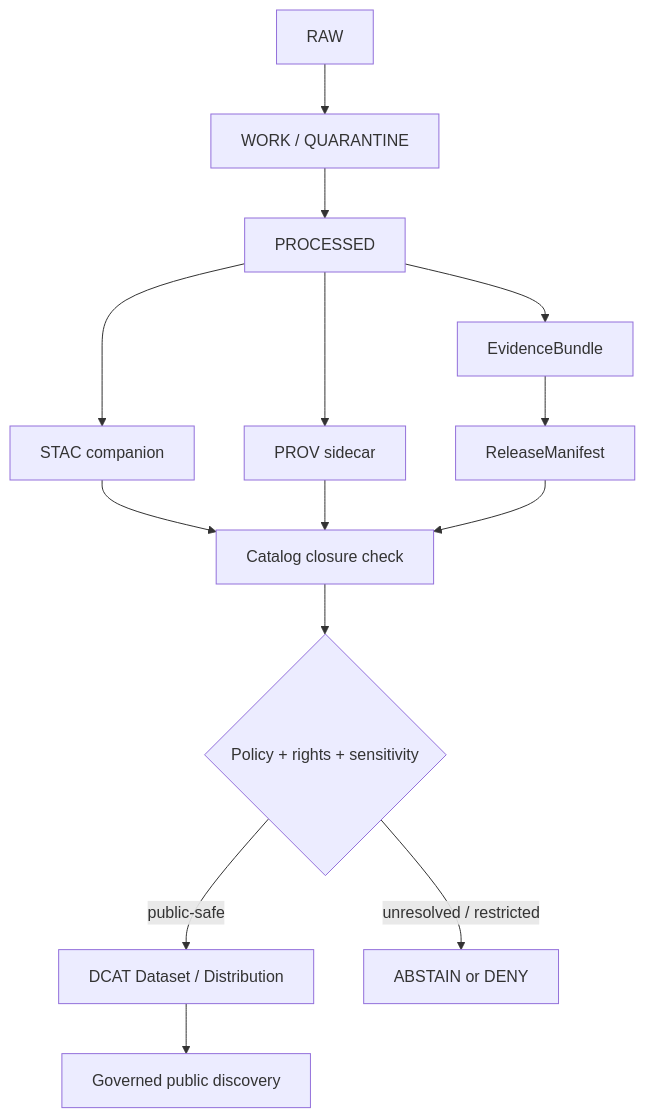
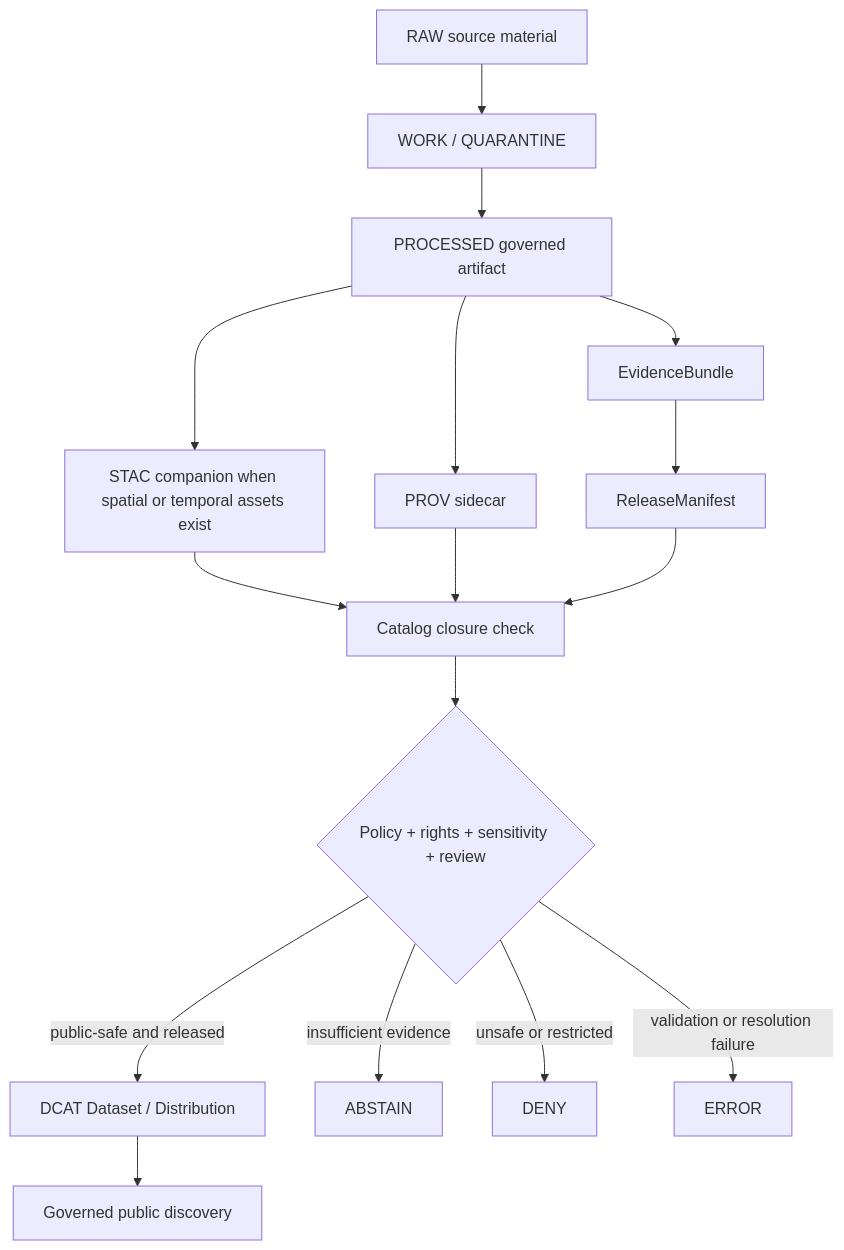
Before and after one commit to bartytime4life/Kansas-Frontier-Matrix: the diagram in docs/catalog/dcat/KFM_DCAT_EXPORT_PROFILE.md, drawn with Mermaid. The commit also changed other lines of this file, not shown here.

````diff
--- a/docs/catalog/dcat/KFM_DCAT_EXPORT_PROFILE.md
+++ b/docs/catalog/dcat/KFM_DCAT_EXPORT_PROFILE.md
@@ -138,16 +201,18 @@
 ```mermaid
 flowchart TD
-    A[RAW] --> B[WORK / QUARANTINE]
-    B --> C[PROCESSED]
+    A[RAW source material] --> B[WORK / QUARANTINE]
+    B --> C[PROCESSED governed artifact]
     C --> D[EvidenceBundle]
-    C --> E[STAC companion]
+    C --> E[STAC companion when spatial or temporal assets exist]
     C --> F[PROV sidecar]
     D --> G[ReleaseManifest]
     E --> H[Catalog closure check]
     F --> H
     G --> H
-    H --> I{Policy + rights + sensitivity}
-    I -- public-safe --> J[DCAT Dataset / Distribution]
-    I -- unresolved / restricted --> K[ABSTAIN or DENY]
-    J --> L[Governed public discovery]
+    H --> I{Policy + rights + sensitivity + review}
+    I -- public-safe and released --> J[DCAT Dataset / Distribution]
+    I -- insufficient evidence --> K[ABSTAIN]
+    I -- unsafe or restricted --> L[DENY]
+    I -- validation or resolution failure --> M[ERROR]
+    J --> N[Governed public discovery]
 ```
````
